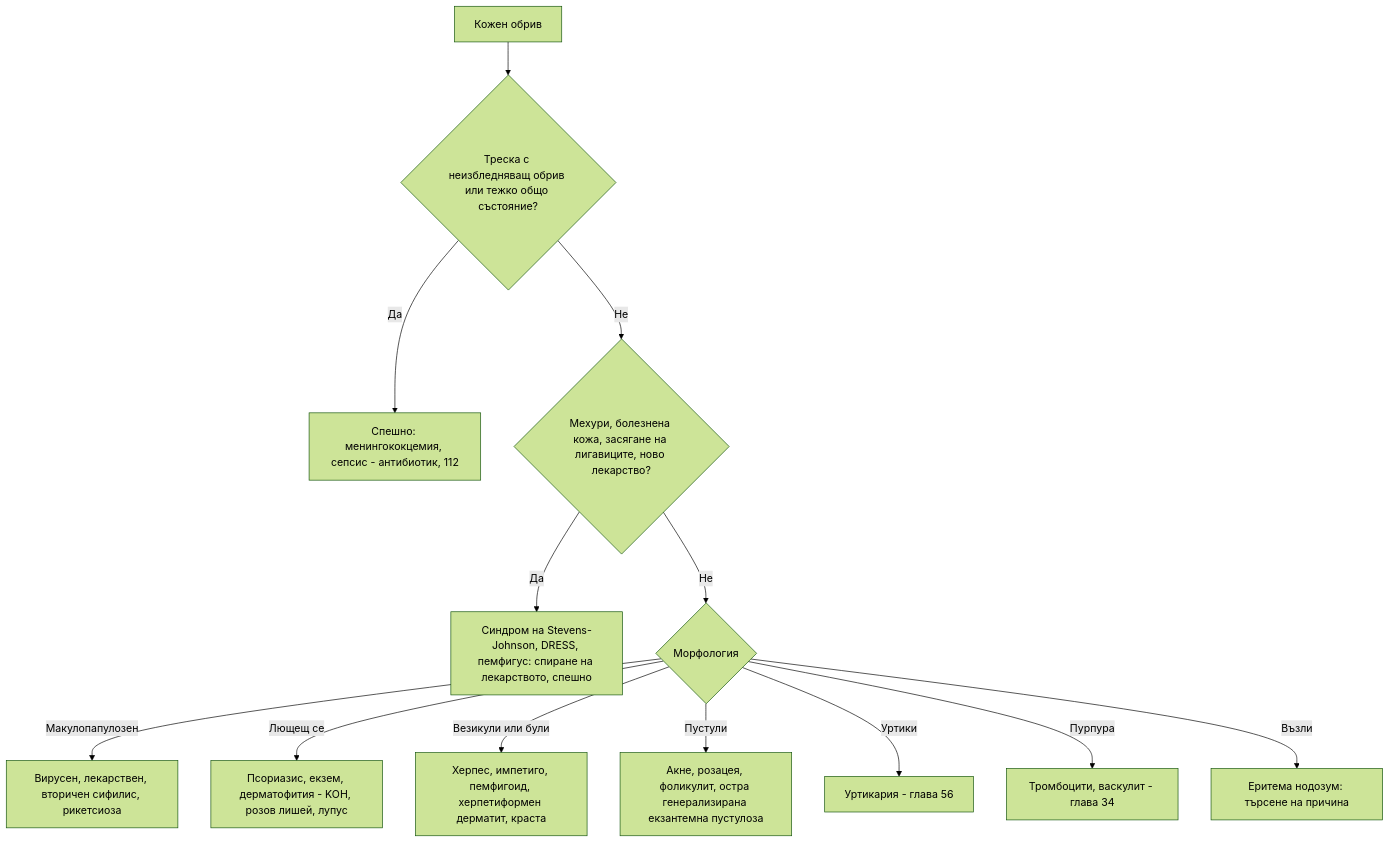
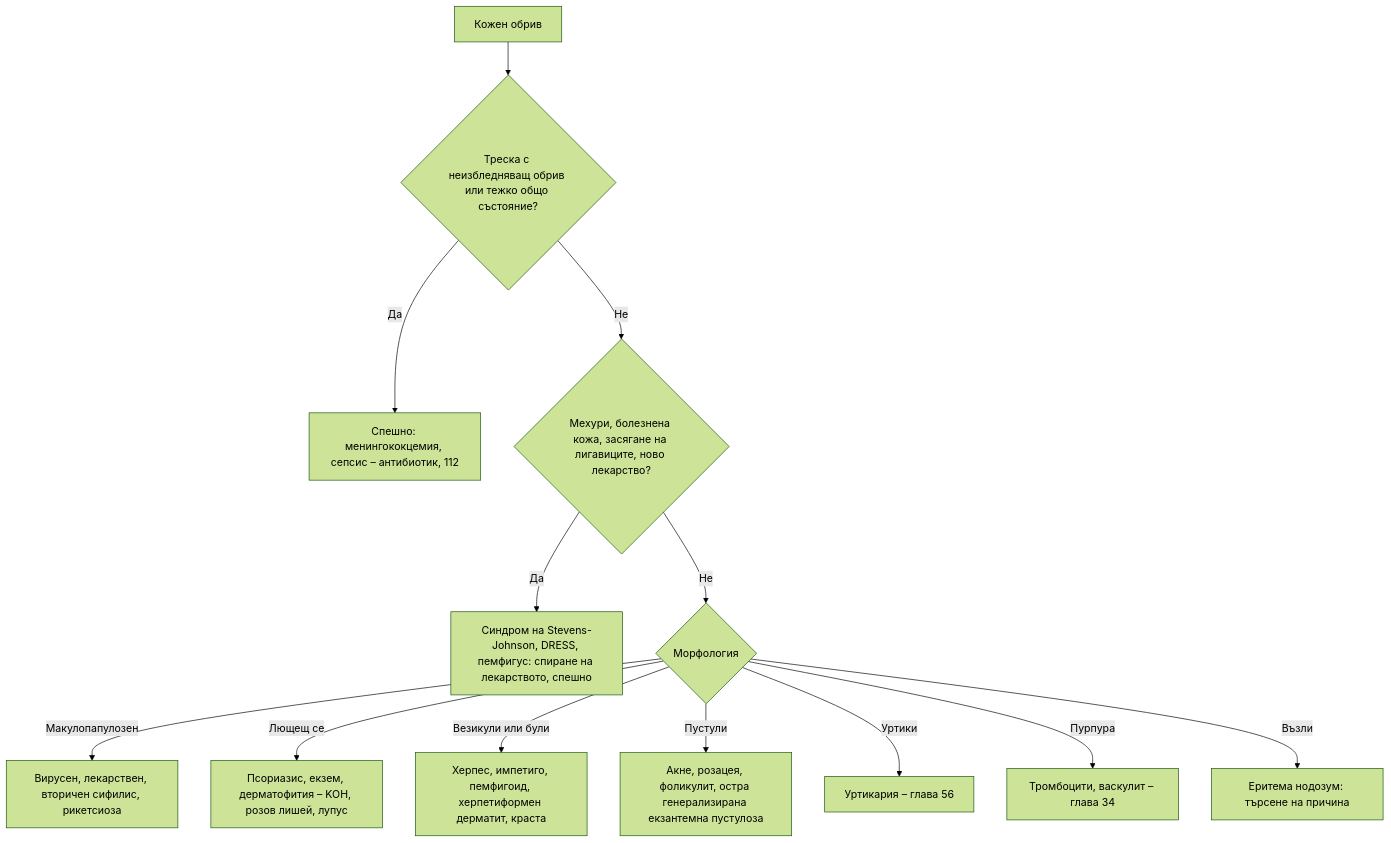
One commit to yancho26/yancho changed the diagram in glavi/55-obrivi.md. Above: the diagram before and after it, drawn with Mermaid (forest theme). The commit also changed other lines of this file and 90 other files, not shown here.

````diff
--- a/glavi/55-obrivi.md
+++ b/glavi/55-obrivi.md
@@ -269,17 +269,17 @@
 ```mermaid
 flowchart TD
     accTitle: Диагностичен алгоритъм: кожни обриви: морфологичен подход
     accDescr: Блок-схема. Начало: Кожен обрив. Въпроси: Треска с неизбледняващ обрив или тежко общо състояние? · Мехури, болезнена кожа, засягане на лигавиците, ново лекарство? · Морфология? Пълното текстово описание е под схемата.
     A["Кожен обрив"] --> B{"Треска с неизбледняващ обрив или тежко общо състояние?"}
-    B -->|Да| C["Спешно: менингококцемия, сепсис - антибиотик, 112"]
+    B -->|Да| C["Спешно: менингококцемия, сепсис – антибиотик, 112"]
     B -->|Не| D{"Мехури, болезнена кожа, засягане на лигавиците, ново лекарство?"}
     D -->|Да| E["Синдром на Stevens-Johnson, DRESS, пемфигус: спиране на лекарството, спешно"]
     D -->|Не| F{"Морфология"}
     F -->|Макулопапулозен| G["Вирусен, лекарствен, вторичен сифилис, рикетсиоза"]
-    F -->|Лющещ се| H["Псориазис, екзем, дерматофития - KOH, розов лишей, лупус"]
+    F -->|Лющещ се| H["Псориазис, екзем, дерматофития – KOH, розов лишей, лупус"]
     F -->|Везикули или були| I["Херпес, импетиго, пемфигоид, херпетиформен дерматит, краста"]
     F -->|Пустули| J["Акне, розацея, фоликулит, остра генерализирана екзантемна пустулоза"]
-    F -->|Уртики| K["Уртикария - глава 56"]
-    F -->|Пурпура| L["Тромбоцити, васкулит - глава 34"]
+    F -->|Уртики| K["Уртикария – глава 56"]
+    F -->|Пурпура| L["Тромбоцити, васкулит – глава 34"]
     F -->|Възли| M["Еритема нодозум: търсене на причина"]
 ```
````
